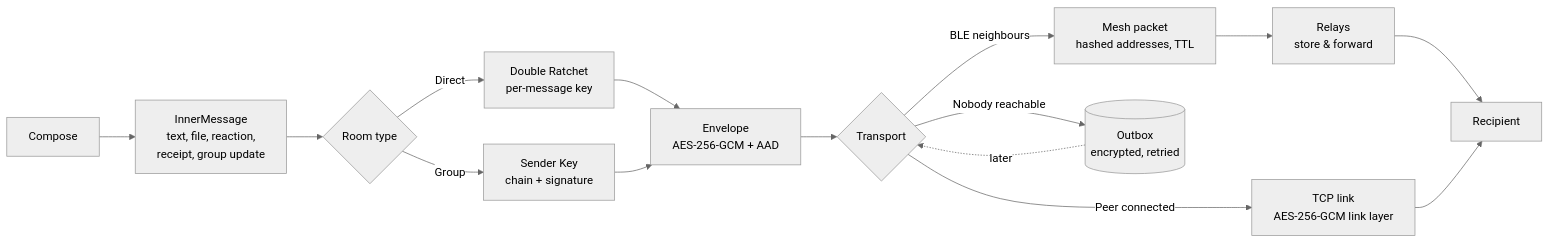
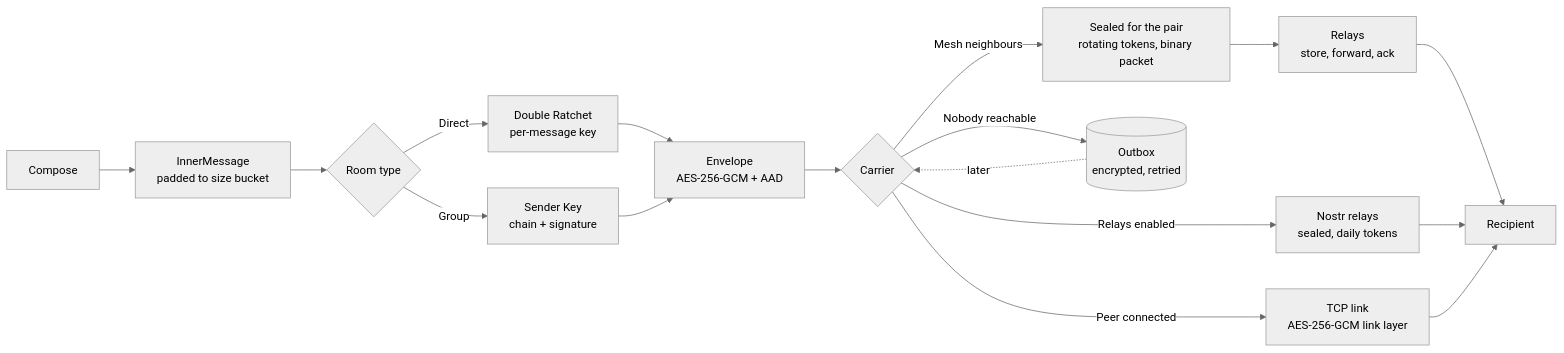
One commit to harshitt13/NyxChat changed the diagram in README.md. Above: the diagram before and after it, drawn with Mermaid (neutral theme). The commit also changed other lines of this file and 126 other files, not shown here.

````diff
--- a/README.md
+++ b/README.md
@@ -71,16 +60,18 @@
 ```mermaid
 flowchart LR
-    A[Compose] --> B[InnerMessage<br/>text, file, reaction,<br/>receipt, group update]
+    A[Compose] --> B[InnerMessage<br/>padded to size bucket]
     B --> C{Room type}
     C -->|Direct| D[Double Ratchet<br/>per-message key]
     C -->|Group| E[Sender Key<br/>chain + signature]
     D --> F[Envelope<br/>AES-256-GCM + AAD]
     E --> F
-    F --> G{Transport}
+    F --> G{Carrier}
     G -->|Peer connected| H[TCP link<br/>AES-256-GCM link layer]
-    G -->|BLE neighbours| I[Mesh packet<br/>hashed addresses, TTL]
+    G -->|Mesh neighbours| I[Sealed for the pair<br/>rotating tokens, binary packet]
+    G -->|Relays enabled| N[Nostr relays<br/>sealed, daily tokens]
     G -->|Nobody reachable| J[(Outbox<br/>encrypted, retried)]
-    I --> K[Relays<br/>store & forward] --> L[Recipient]
+    I --> K[Relays<br/>store, forward, ack] --> L[Recipient]
+    N --> L
     H --> L
     J -.->|later| G
 ```
````
